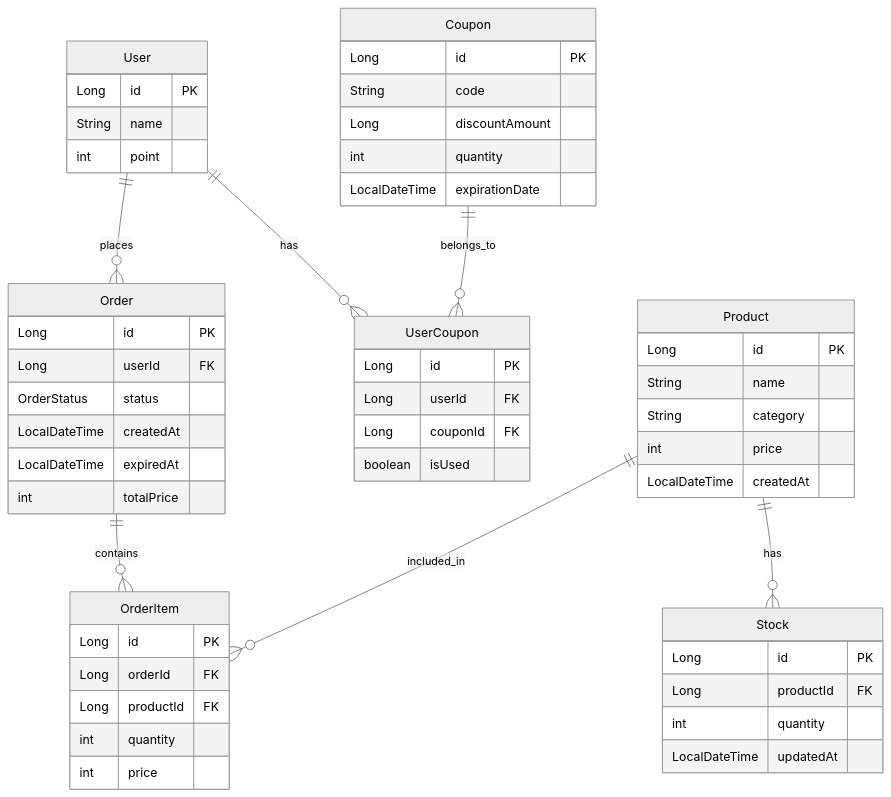
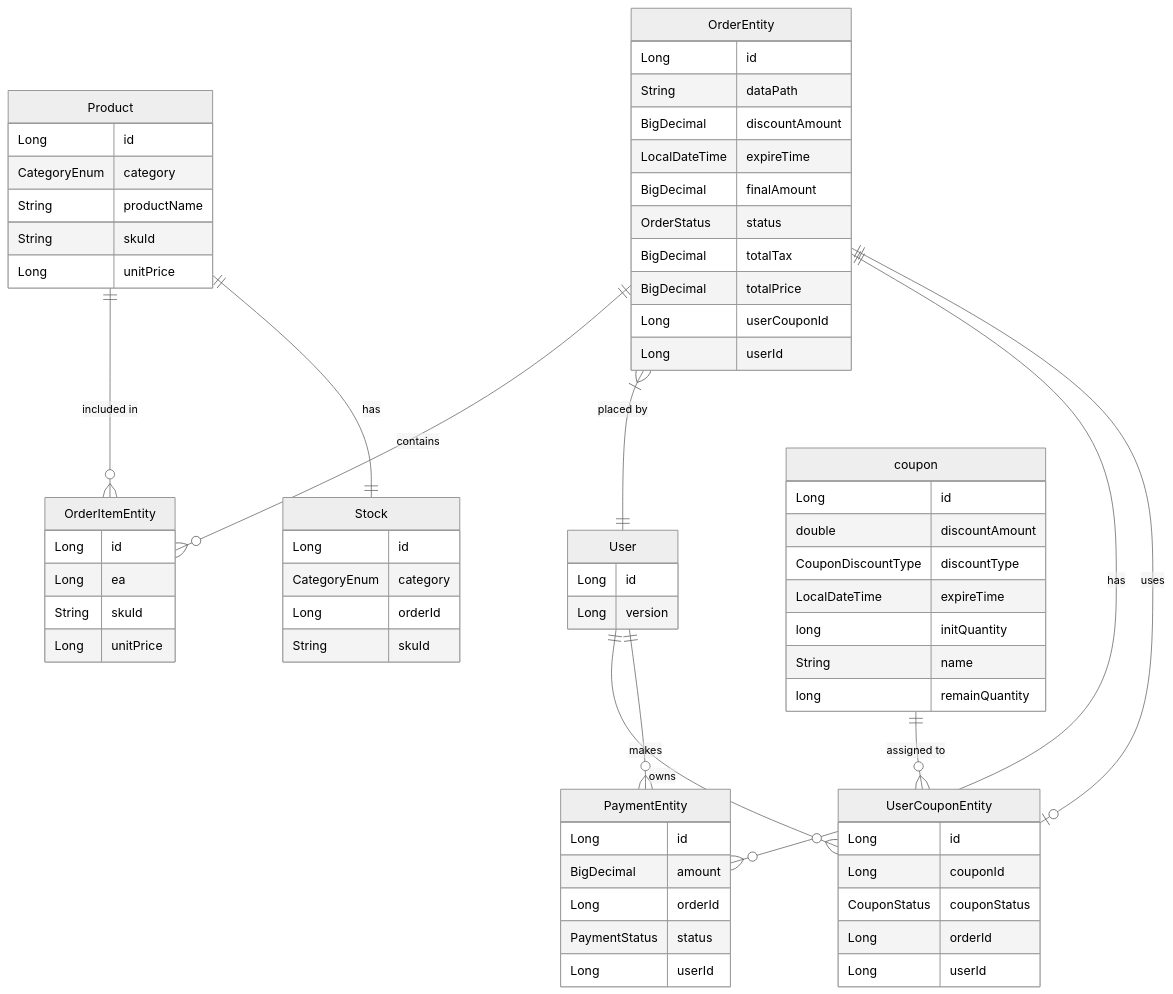
Before and after one commit to KMGeon/hhplus-e-commerce: the diagram in docs/3.erd.md, drawn with Mermaid (neutral theme).

Commit message:
[DOCS] : ERD 수정

````diff
--- a/docs/3.erd.md
+++ b/docs/3.erd.md
@@ -7,62 +7,81 @@
 ```mermaid
 erDiagram
-    User ||--o{ Order : places
-    User ||--o{ UserCoupon : has
-    Coupon ||--o{ UserCoupon : belongs_to
-    Order ||--o{ OrderItem : contains
-    Product ||--o{ OrderItem : included_in
-    Product ||--o{ Stock : has
-
+    OrderEntity ||--o{ OrderItemEntity : "contains"
+    OrderEntity }|--|| User : "placed by"
+    OrderEntity ||--o{ PaymentEntity : "has"
+    OrderEntity ||--o| UserCouponEntity : "uses"
+    
+    User ||--o{ UserCouponEntity : "owns"
+    User ||--o{ PaymentEntity : "makes"
+    
+    Product ||--o{ OrderItemEntity : "included in"
+    Product ||--|| Stock : "has"
+    
+    coupon ||--o{ UserCouponEntity : "assigned to"
+    
+    OrderEntity {
+        Long id
+        String dataPath
+        BigDecimal discountAmount
+        LocalDateTime expireTime
+        BigDecimal finalAmount
+        OrderStatus status
+        BigDecimal totalTax
+        BigDecimal totalPrice
+        Long userCouponId
+        Long userId
+    }
+    
+    OrderItemEntity {
+        Long id
+        Long ea
+        String skuId
+        Long unitPrice
+    }
+    
     User {
-        Long id PK
+        Long id
+        Long version
+    }
+    
+    UserCouponEntity {
+        Long id
+        Long couponId
+        CouponStatus couponStatus
+        Long orderId
+        Long userId
+    }
+    
+    Product {
+        Long id
+        CategoryEnum category
+        String productName
+        String skuId
+        Long unitPrice
+    }
+    
+    PaymentEntity {
+        Long id
+        BigDecimal amount
+        Long orderId
+        PaymentStatus status
+        Long userId
+    }
+    
+    Stock {
+        Long id
+        CategoryEnum category
+        Long orderId
+        String skuId
+    }
+    
+    coupon {
+        Long id
+        double discountAmount
+        CouponDiscountType discountType
+        LocalDateTime expireTime
+        long initQuantity
         String name
-        int point
-    }
-
-    Coupon {
-        Long id PK
-        String code
-        Long discountAmount
-        int quantity
-        LocalDateTime expirationDate
-    }
-
-    UserCoupon {
-        Long id PK
-        Long userId FK
-        Long couponId FK
-        boolean isUsed
-    }
-
-    Product {
-        Long id PK
-        String name
-        String category
-        int price
-        LocalDateTime createdAt
-    }
-
-    Stock {
-        Long id PK
-        Long productId FK
-        int quantity
-        LocalDateTime updatedAt
-    }
-
-    Order {
-        Long id PK
-        Long userId FK
-        OrderStatus status
-        LocalDateTime createdAt
-        LocalDateTime expiredAt
-        int totalPrice
-    }
-
-    OrderItem {
-        Long id PK
-        Long orderId FK
-        Long productId FK
-        int quantity
-        int price
+        long remainQuantity
     }
 ```
````
